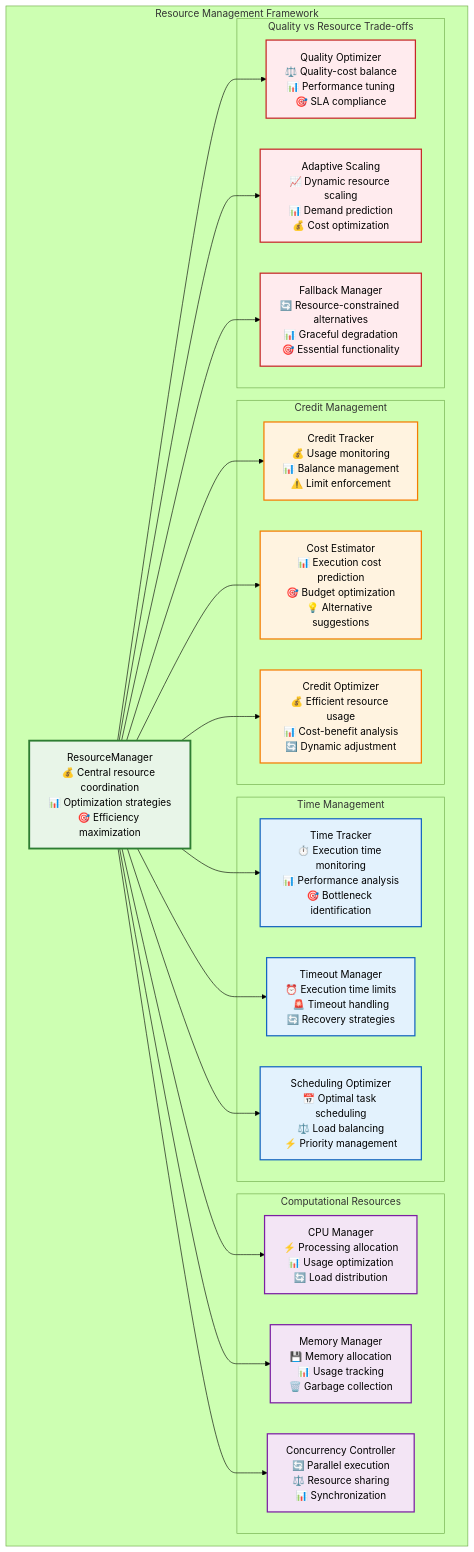
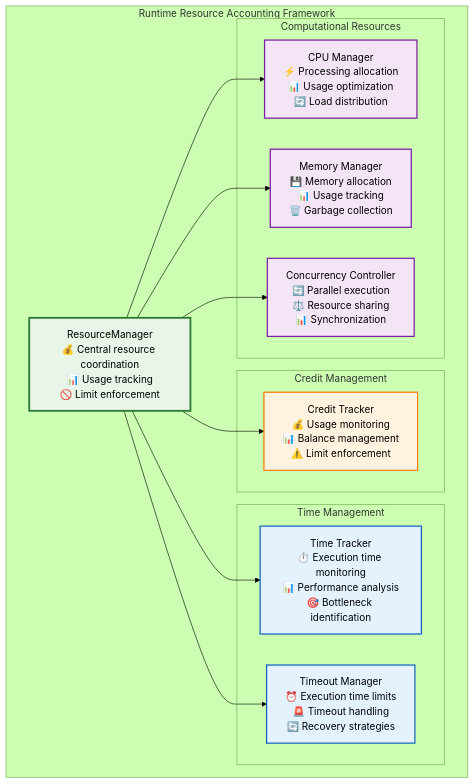
Diagram 27 of 51 in docs/ai-execution-architecture.md (Vrooli/Vrooli), drawn with Mermaid (forest theme) before and after one commit. The commit also changed other lines of this file, not shown here.

Commit message:
Execution architecture p7

````diff
--- a/docs/ai-execution-architecture.md
+++ b/docs/ai-execution-architecture.md
@@ -1807,63 +1758,41 @@
 ```mermaid
 graph TB
-    subgraph "Resource Management Framework"
-        ResourceManager[ResourceManager<br/>💰 Central resource coordination<br/>📊 Optimization strategies<br/>🎯 Efficiency maximization]
+    subgraph "Runtime Resource Accounting Framework"
+        ResourceManager[ResourceManager<br/>💰 Central resource coordination<br/>📊 Usage tracking<br/>🚫 Limit enforcement]
         
         subgraph "Credit Management"
             CreditTracker[Credit Tracker<br/>💰 Usage monitoring<br/>📊 Balance management<br/>⚠️ Limit enforcement]
-            
-            CostEstimator[Cost Estimator<br/>📊 Execution cost prediction<br/>🎯 Budget optimization<br/>💡 Alternative suggestions]
-            
-            CreditOptimizer[Credit Optimizer<br/>💰 Efficient resource usage<br/>📊 Cost-benefit analysis<br/>🔄 Dynamic adjustment]
         end
         
         subgraph "Time Management"
             TimeTracker[Time Tracker<br/>⏱️ Execution time monitoring<br/>📊 Performance analysis<br/>🎯 Bottleneck identification]
             
             TimeoutManager[Timeout Manager<br/>⏰ Execution time limits<br/>🚨 Timeout handling<br/>🔄 Recovery strategies]
-            
-            SchedulingOptimizer[Scheduling Optimizer<br/>📅 Optimal task scheduling<br/>⚖️ Load balancing<br/>⚡ Priority management]
         end
         
         subgraph "Computational Resources"
             CPUManager[CPU Manager<br/>⚡ Processing allocation<br/>📊 Usage optimization<br/>🔄 Load distribution]
             
             MemoryManager[Memory Manager<br/>💾 Memory allocation<br/>📊 Usage tracking<br/>🗑️ Garbage collection]
             
             ConcurrencyController[Concurrency Controller<br/>🔄 Parallel execution<br/>⚖️ Resource sharing<br/>📊 Synchronization]
         end
-        
-        subgraph "Quality vs Resource Trade-offs"
-            QualityOptimizer[Quality Optimizer<br/>⚖️ Quality-cost balance<br/>📊 Performance tuning<br/>🎯 SLA compliance]
-            
-            AdaptiveScaling[Adaptive Scaling<br/>📈 Dynamic resource scaling<br/>📊 Demand prediction<br/>💰 Cost optimization]
-            
-            FallbackManager[Fallback Manager<br/>🔄 Resource-constrained alternatives<br/>📊 Graceful degradation<br/>🎯 Essential functionality]
-        end
     end
     
     ResourceManager --> CreditTracker
-    ResourceManager --> CostEstimator
-    ResourceManager --> CreditOptimizer
     ResourceManager --> TimeTracker
     ResourceManager --> TimeoutManager
-    ResourceManager --> SchedulingOptimizer
     ResourceManager --> CPUManager
     ResourceManager --> MemoryManager
     ResourceManager --> ConcurrencyController
-    ResourceManager --> QualityOptimizer
-    ResourceManager --> AdaptiveScaling
-    ResourceManager --> FallbackManager
     
     classDef manager fill:#e8f5e8,stroke:#2e7d32,stroke-width:3px
     classDef credit fill:#fff3e0,stroke:#f57c00,stroke-width:2px
     classDef time fill:#e3f2fd,stroke:#1565c0,stroke-width:2px
     classDef compute fill:#f3e5f5,stroke:#7b1fa2,stroke-width:2px
-    classDef tradeoffs fill:#ffebee,stroke:#c62828,stroke-width:2px
     
     class ResourceManager manager
-    class CreditTracker,CostEstimator,CreditOptimizer credit
-    class TimeTracker,TimeoutManager,SchedulingOptimizer time
+    class CreditTracker credit
+    class TimeTracker,TimeoutManager time
     class CPUManager,MemoryManager,ConcurrencyController compute
-    class QualityOptimizer,AdaptiveScaling,FallbackManager tradeoffs
 ```
````
